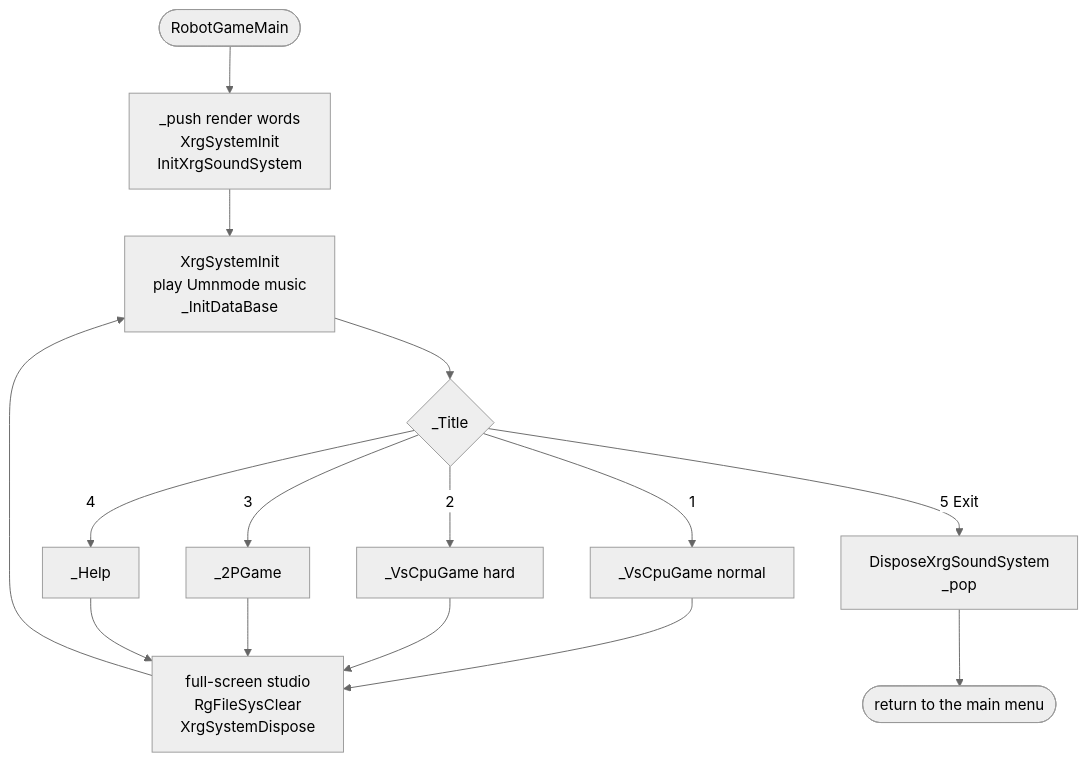
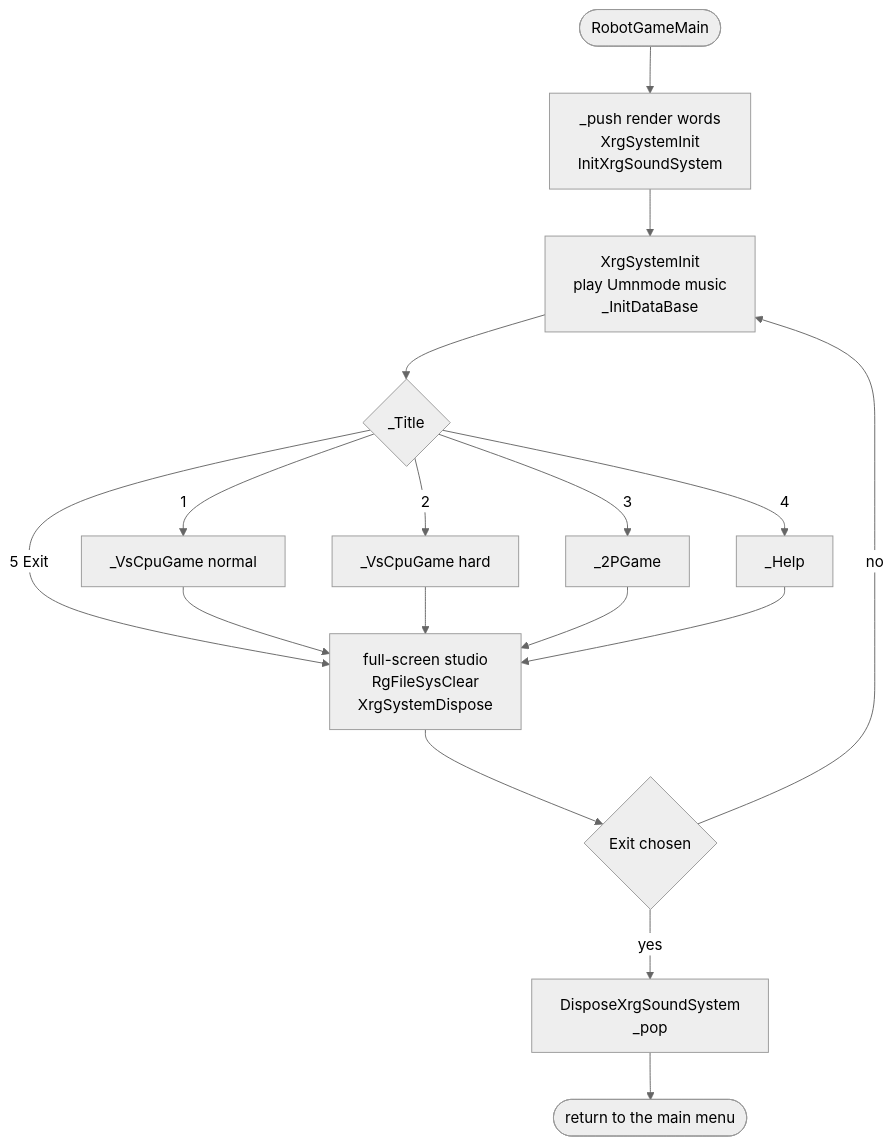
The second of 5 diagrams in documentation/game/minigames/agws-battle.md (OpokXeno/xsg-i-decomp), drawn with Mermaid (neutral theme) before and after one commit. The commit also changed other lines of this file and 41 other files, not shown here.

````diff
--- a/documentation/game/minigames/agws-battle.md
+++ b/documentation/game/minigames/agws-battle.md
@@ -121,17 +123,19 @@
 ```mermaid
 flowchart TD
     START([RobotGameMain]) --> PUSH[_push render words<br/>XrgSystemInit<br/>InitXrgSoundSystem]
     PUSH --> INIT[XrgSystemInit<br/>play Umnmode music<br/>_InitDataBase]
     INIT --> TITLE{_Title}
     TITLE -->|1| P1[_VsCpuGame normal]
     TITLE -->|2| P1H[_VsCpuGame hard]
     TITLE -->|3| VS[_2PGame]
     TITLE -->|4| HELP[_Help]
-    TITLE -->|5 Exit| QUIT[DisposeXrgSoundSystem<br/>_pop]
+    TITLE -->|5 Exit| RESET
     P1 --> RESET[full-screen studio<br/>RgFileSysClear<br/>XrgSystemDispose]
     P1H --> RESET
     VS --> RESET
     HELP --> RESET
-    RESET --> INIT
+    RESET --> MORE{Exit chosen}
+    MORE -->|no| INIT
+    MORE -->|yes| QUIT[DisposeXrgSoundSystem<br/>_pop]
     QUIT --> DONE([return to the main menu])
 ```
````
